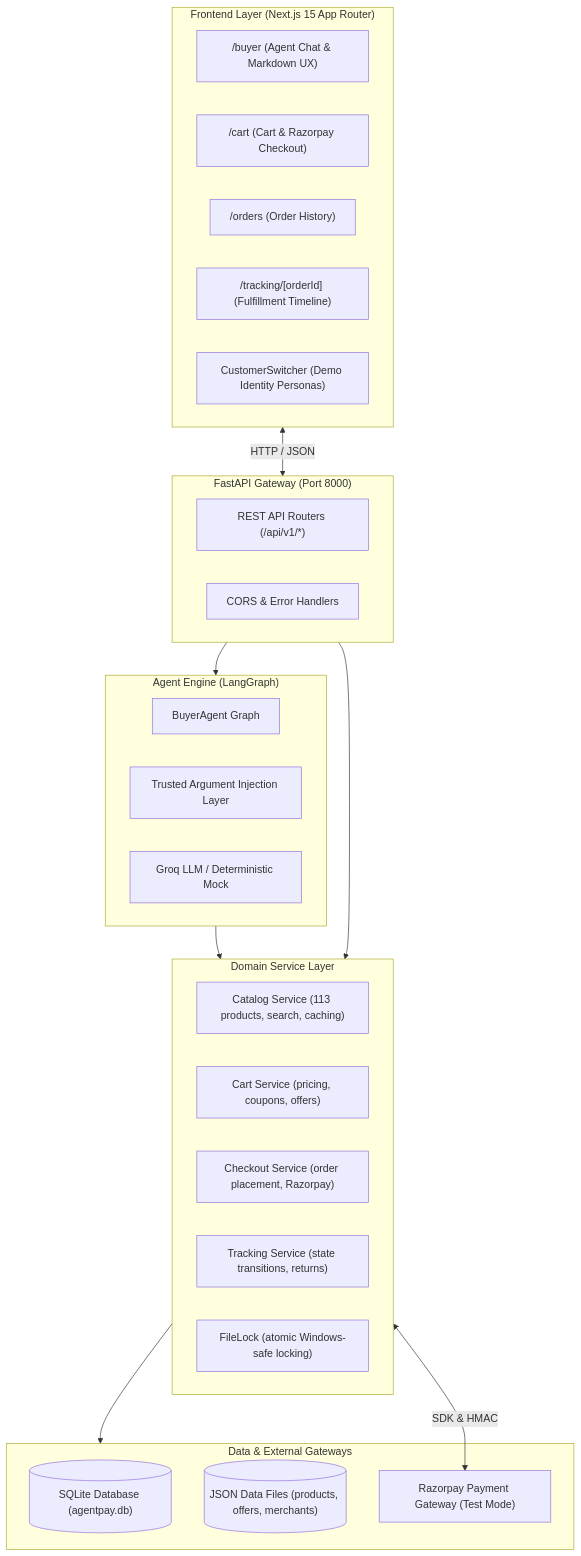
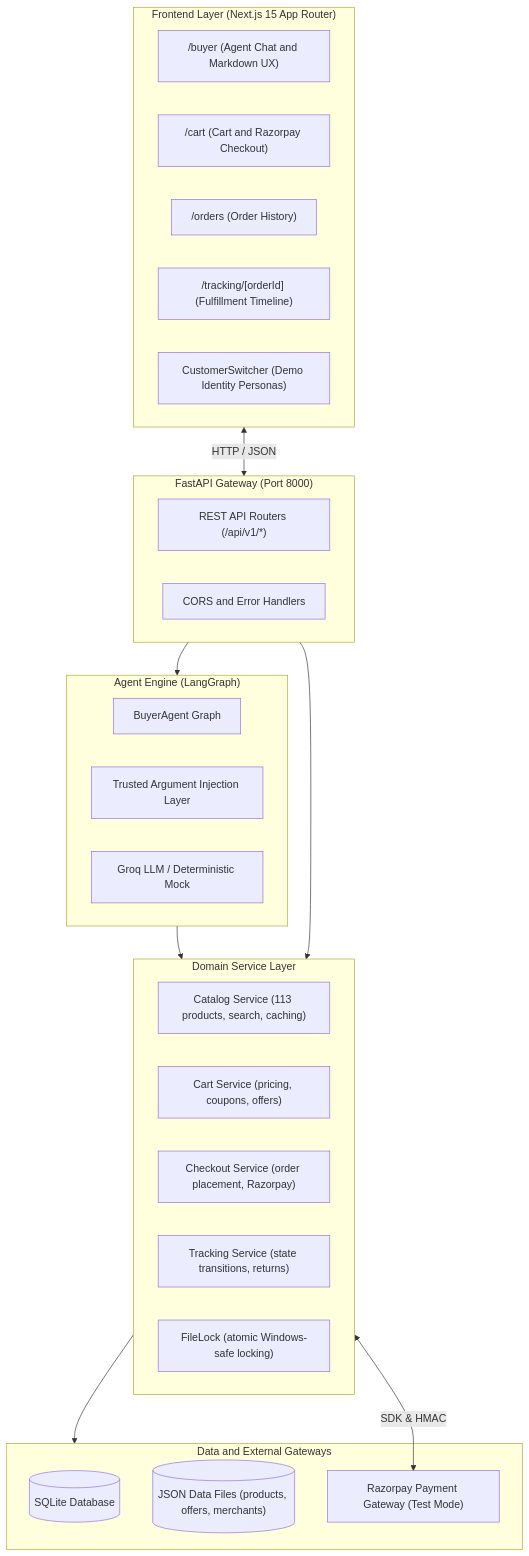
One commit to amaymishra1104/agentpay-ai changed the diagram in docs/architecture.md. Above: the diagram before and after it, drawn with Mermaid. The commit also changed 5 other files, not shown here.

Commit message:
docs: polish architecture diagram and repository hygiene

````diff
--- a/docs/architecture.md
+++ b/docs/architecture.md
@@ -11,42 +11,42 @@
 ```mermaid
 flowchart TB
     subgraph Frontend_App["Frontend Layer (Next.js 15 App Router)"]
-        BUYER_UI["/buyer (Agent Chat & Markdown UX)"]
-        CART_UI["/cart (Cart & Razorpay Checkout)"]
+        BUYER_UI["/buyer (Agent Chat and Markdown UX)"]
+        CART_UI["/cart (Cart and Razorpay Checkout)"]
         ORDERS_UI["/orders (Order History)"]
         TRACKING_UI["/tracking/[orderId] (Fulfillment Timeline)"]
         SWITCHER["CustomerSwitcher (Demo Identity Personas)"]
     end
 
     subgraph API_Gateway["FastAPI Gateway (Port 8000)"]
         ROUTERS["REST API Routers (/api/v1/*)"]
-        MIDDLEWARE["CORS & Error Handlers"]
+        MIDDLEWARE["CORS and Error Handlers"]
     end
 
     subgraph Agent_Engine["Agent Engine (LangGraph)"]
         GRAPH["BuyerAgent Graph"]
         INJECT["Trusted Argument Injection Layer"]
         MODEL["Groq LLM / Deterministic Mock"]
     end
 
     subgraph Core_Services["Domain Service Layer"]
         CATALOG_SVC["Catalog Service (113 products, search, caching)"]
         CART_SVC["Cart Service (pricing, coupons, offers)"]
         CHECKOUT_SVC["Checkout Service (order placement, Razorpay)"]
         TRACKING_SVC["Tracking Service (state transitions, returns)"]
         LOCK_SVC["FileLock (atomic Windows-safe locking)"]
     end
 
-    subgraph External_Storage["Data & External Gateways"]
-        SQLITE[("SQLite Database (agentpay.db)")]
+    subgraph External_Storage["Data and External Gateways"]
+        SQLITE[("SQLite Database")]
         JSON_DATA[("JSON Data Files (products, offers, merchants)")]
         RZP_GATEWAY["Razorpay Payment Gateway (Test Mode)"]
     end
 
     Frontend_App <-->|HTTP / JSON| API_Gateway
     API_Gateway --> Agent_Engine
     Agent_Engine --> Core_Services
     API_Gateway --> Core_Services
     Core_Services --> External_Storage
     Core_Services <-->|SDK & HMAC| RZP_GATEWAY
 ```
````
